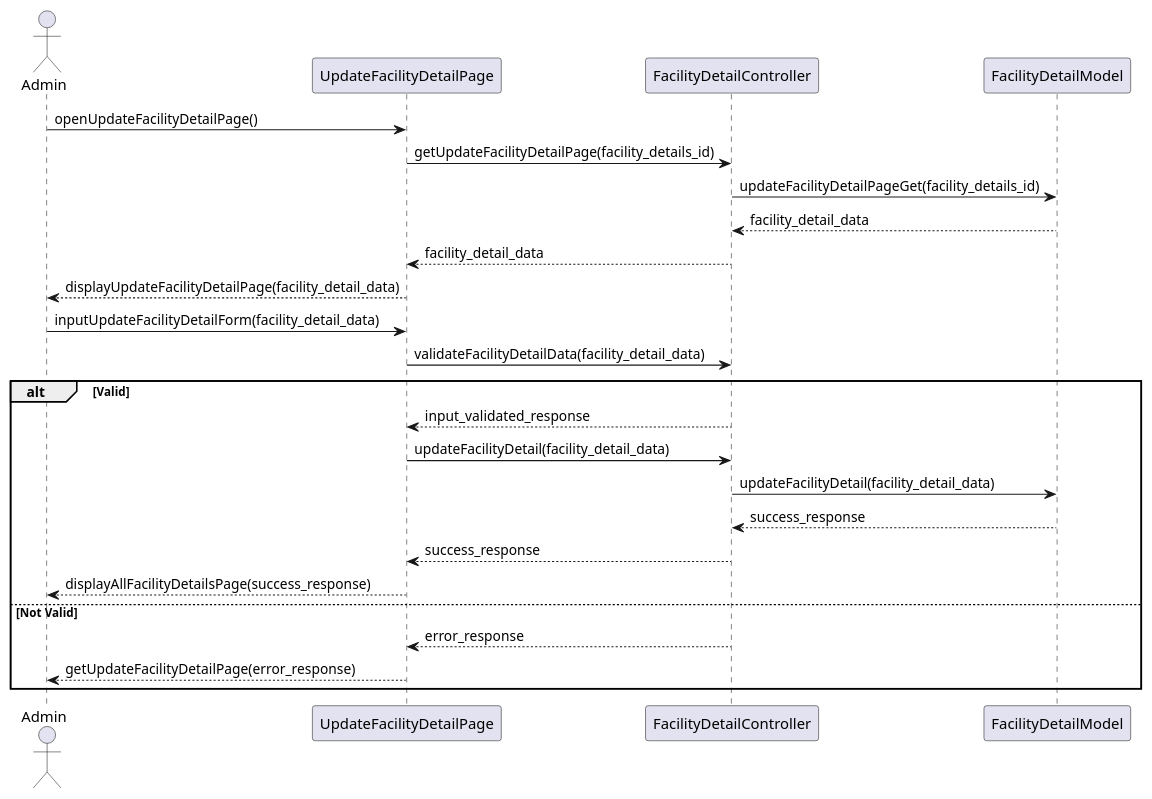
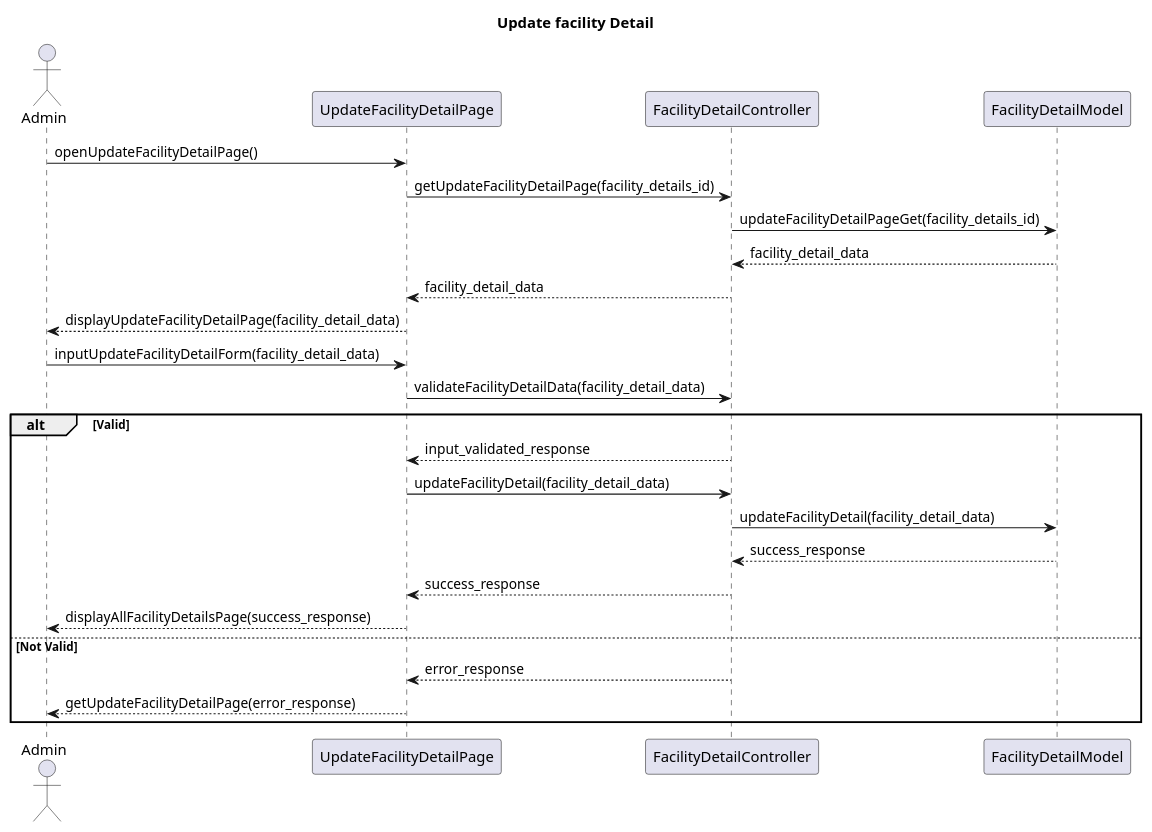
The diagram in Design/BHFMS_SEQUENCE/Admin/FacilityManagement/Facilities Management (Admin) Update.puml (AntWort21/BHFMS), drawn with PlantUML before and after one commit. The commit also changed 75 other files, not shown here.

Commit message:
Fix Use Cases & ERD

```diff
--- a/Design/BHFMS_SEQUENCE/Admin/FacilityManagement/Facilities Management (Admin) Update.puml
+++ b/Design/BHFMS_SEQUENCE/Admin/FacilityManagement/Facilities Management (Admin) Update.puml
@@ -1,29 +1,30 @@
 @startuml
+title Update facility Detail
 actor Admin as act
 participant UpdateFacilityDetailPage as view
 participant FacilityDetailController as ctrl
 participant FacilityDetailModel as model
 
 act -> view : openUpdateFacilityDetailPage()
 view -> ctrl : getUpdateFacilityDetailPage(facility_details_id)
 ctrl -> model : updateFacilityDetailPageGet(facility_details_id)
 model --> ctrl : facility_detail_data
 ctrl --> view : facility_detail_data
 view --> act : displayUpdateFacilityDetailPage(facility_detail_data)
 
     act->view : inputUpdateFacilityDetailForm(facility_detail_data)
     view->ctrl : validateFacilityDetailData(facility_detail_data)
         alt Valid
         ctrl-->view:input_validated_response
         view->ctrl: updateFacilityDetail(facility_detail_data)
         ctrl->model: updateFacilityDetail(facility_detail_data)
         model --> ctrl: success_response
         ctrl --> view: success_response
         view-->act: displayAllFacilityDetailsPage(success_response)
         else Not Valid
         ctrl --> view: error_response
         view-->act: getUpdateFacilityDetailPage(error_response)
         end
 
 
 @enduml
```
